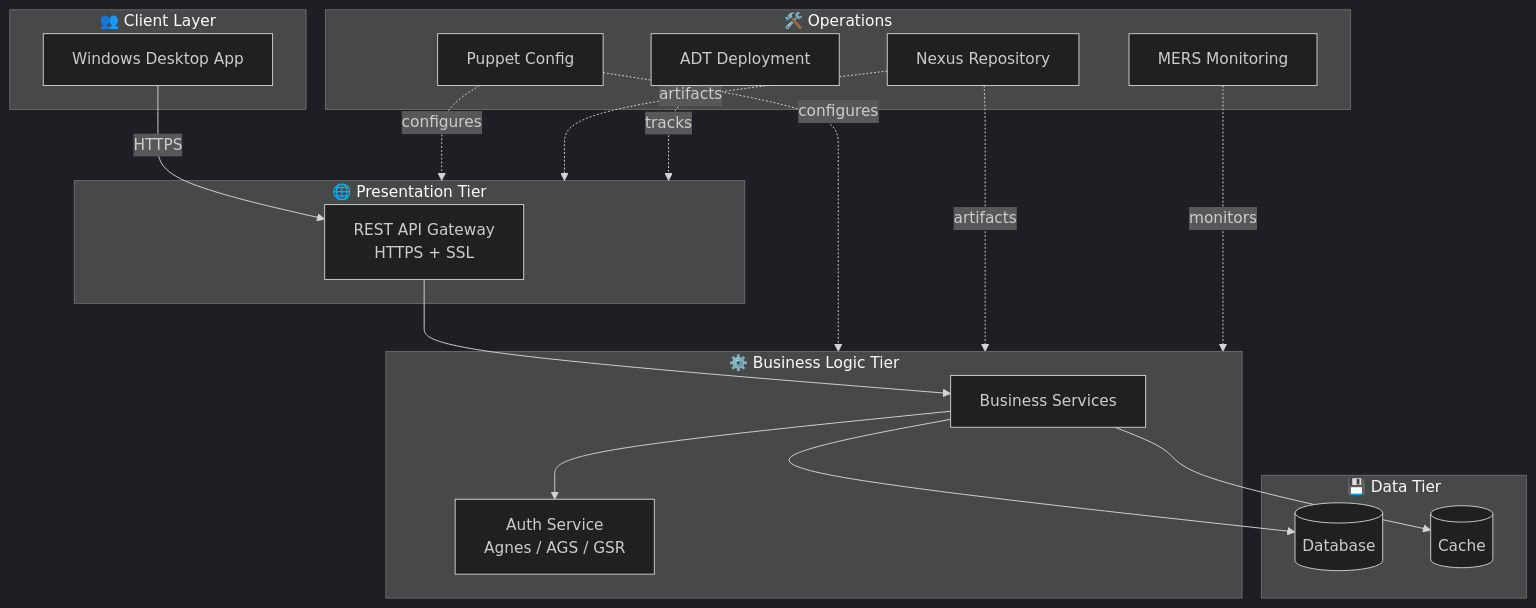
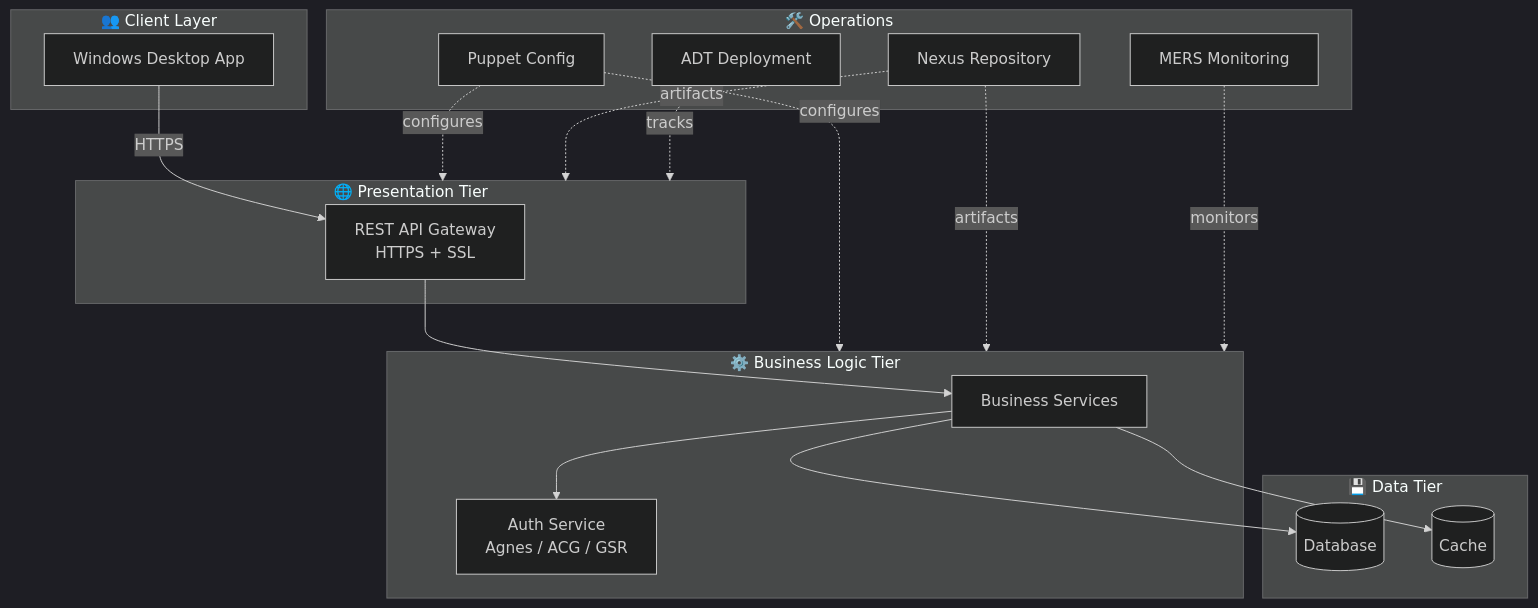
Before and after one commit to sagarai2024-collab/CTB-UBS: the first of 2 diagrams in README.md, drawn with Mermaid (dark theme). The commit also changed other lines of this file and 4 other files, not shown here.

````diff
--- a/README.md
+++ b/README.md
@@ -56,39 +56,39 @@
 ```mermaid
 flowchart TB
     subgraph Client["👥 Client Layer"]
         WIN[Windows Desktop App]
     end
 
     subgraph Tier1["🌐 Presentation Tier"]
         API[REST API Gateway<br/>HTTPS + SSL]
     end
 
     subgraph Tier2["⚙️ Business Logic Tier"]
         BL[Business Services]
-        AUTH[Auth Service<br/>Agnes / AGS / GSR]
+        AUTH[Auth Service<br/>Agnes / ACG / GSR]
     end
 
     subgraph Tier3["💾 Data Tier"]
         DB[(Database)]
         CACHE[(Cache)]
     end
 
     subgraph Ops["🛠️ Operations"]
         NEXUS[Nexus Repository]
         PUPPET[Puppet Config]
         MERS[MERS Monitoring]
         ADT[ADT Deployment]
     end
 
     WIN -->|HTTPS| API
     API --> BL
     BL --> AUTH
     BL --> DB
     BL --> CACHE
     PUPPET -.->|configures| Tier1
     PUPPET -.->|configures| Tier2
     NEXUS -.->|artifacts| Tier1
     NEXUS -.->|artifacts| Tier2
     MERS -.->|monitors| Tier2
     ADT -.->|tracks| Tier1
 ```
````
